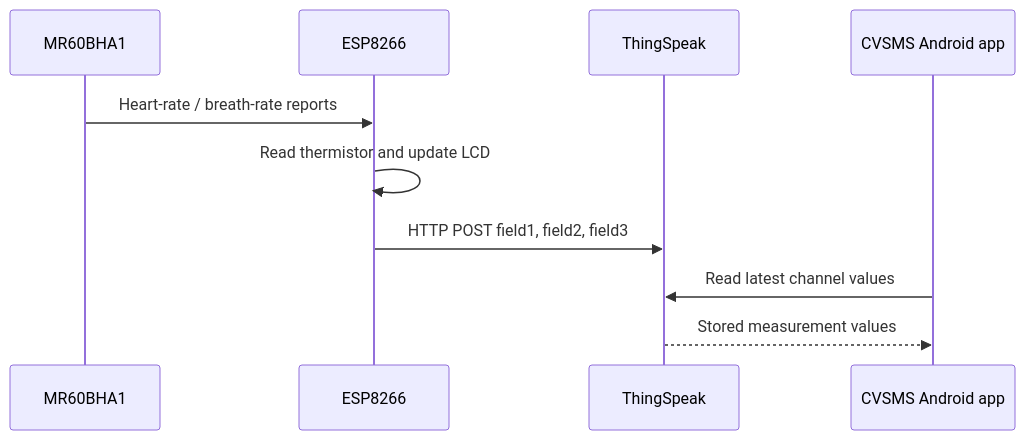
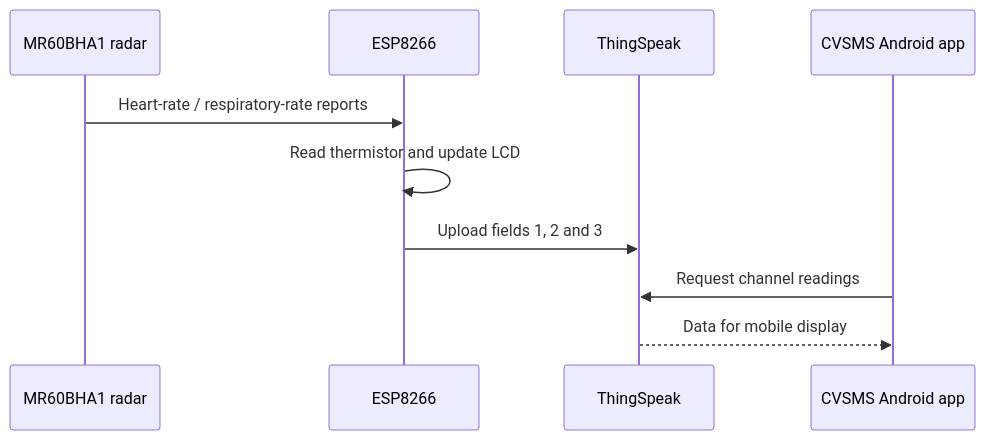
The diagram in docs/08-iot-android.md (sahasimanta/contactless-vital-sign-monitoring-fmcw-radar-CVSMS-), drawn with Mermaid before and after one commit. The commit also changed other lines of this file and 24 other files, not shown here.

````diff
--- a/docs/08-iot-android.md
+++ b/docs/08-iot-android.md
@@ -7,12 +9,12 @@
 ```mermaid
 sequenceDiagram
-participant Radar as MR60BHA1
-participant MCU as ESP8266
-participant Cloud as ThingSpeak
-participant App as CVSMS Android app
-Radar->>MCU: Heart-rate / breath-rate reports
-MCU->>MCU: Read thermistor and update LCD
-MCU->>Cloud: HTTP POST field1, field2, field3
-App->>Cloud: Read latest channel values
-Cloud-->>App: Stored measurement values
+    participant R as MR60BHA1 radar
+    participant E as ESP8266
+    participant T as ThingSpeak
+    participant A as CVSMS Android app
+    R->>E: Heart-rate / respiratory-rate reports
+    E->>E: Read thermistor and update LCD
+    E->>T: Upload fields 1, 2 and 3
+    A->>T: Request channel readings
+    T-->>A: Data for mobile display
 ```
````
